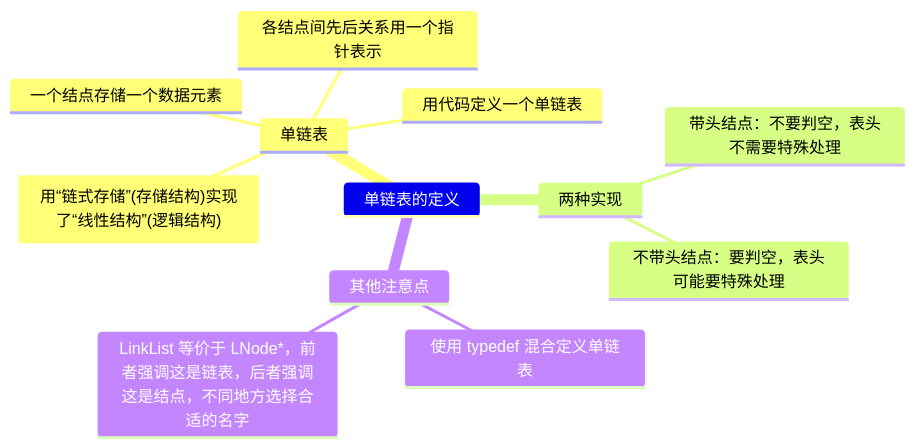
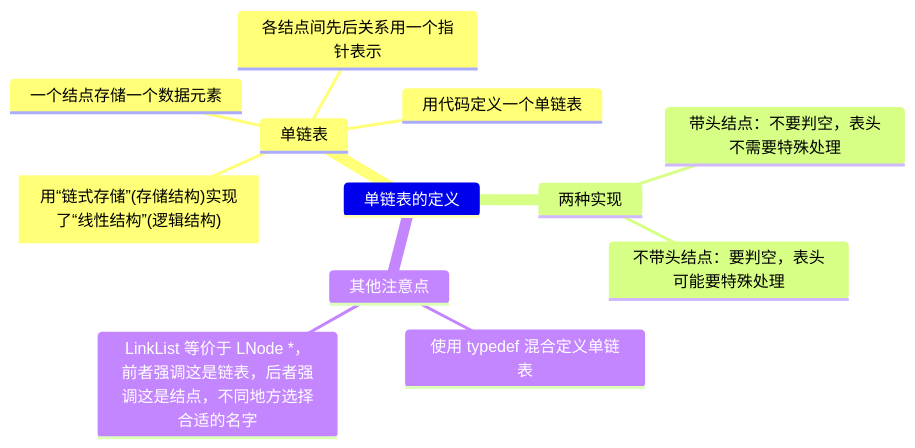
Before and after one commit to novpath/Data-Structure: diagram 13 of 15 in 数据结构.md, drawn with Mermaid. The commit also changed other lines of this file and 5 other files, not shown here.

Commit message:
:sparkles: 图片路径名中的空格替换为%20

````diff
--- a/数据结构.md
+++ b/数据结构.md
@@ -1992,15 +1996,15 @@
 ```mermaid
 mindmap
     单链表的定义
         单链表
             ["用“链式存储”(存储结构)实现了“线性结构”(逻辑结构)"]
             一个结点存储一个数据元素
             各结点间先后关系用一个指针表示
             用代码定义一个单链表
         两种实现
             带头结点：不要判空，表头不需要特殊处理
             不带头结点：要判空，表头可能要特殊处理
         其他注意点
             使用 typedef 混合定义单链表
-            LinkList 等价于 LNode*，前者强调这是链表，后者强调这是结点，不同地方选择合适的名字
+            LinkList 等价于 LNode *，前者强调这是链表，后者强调这是结点，不同地方选择合适的名字
 ```
````
